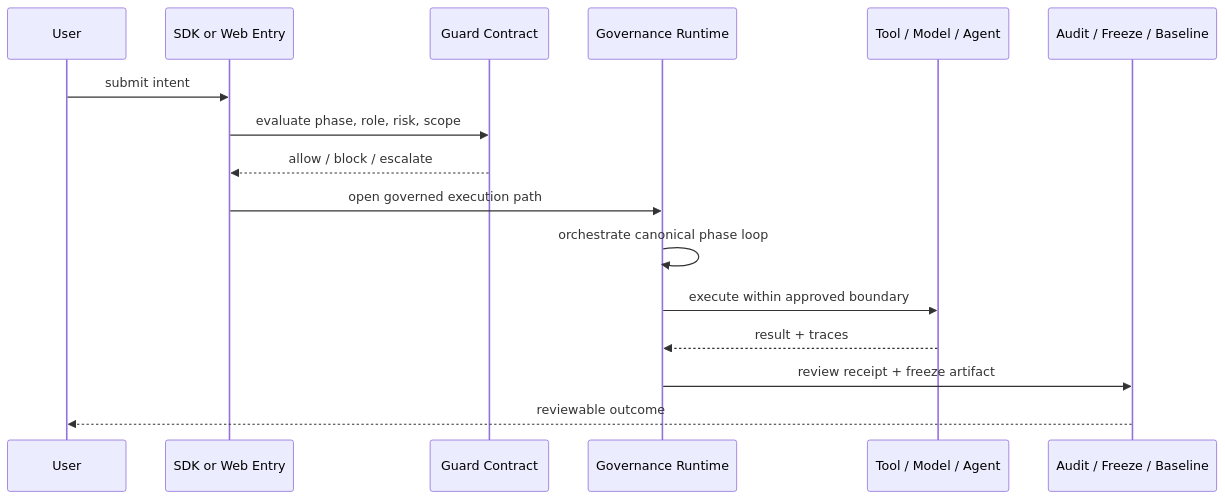
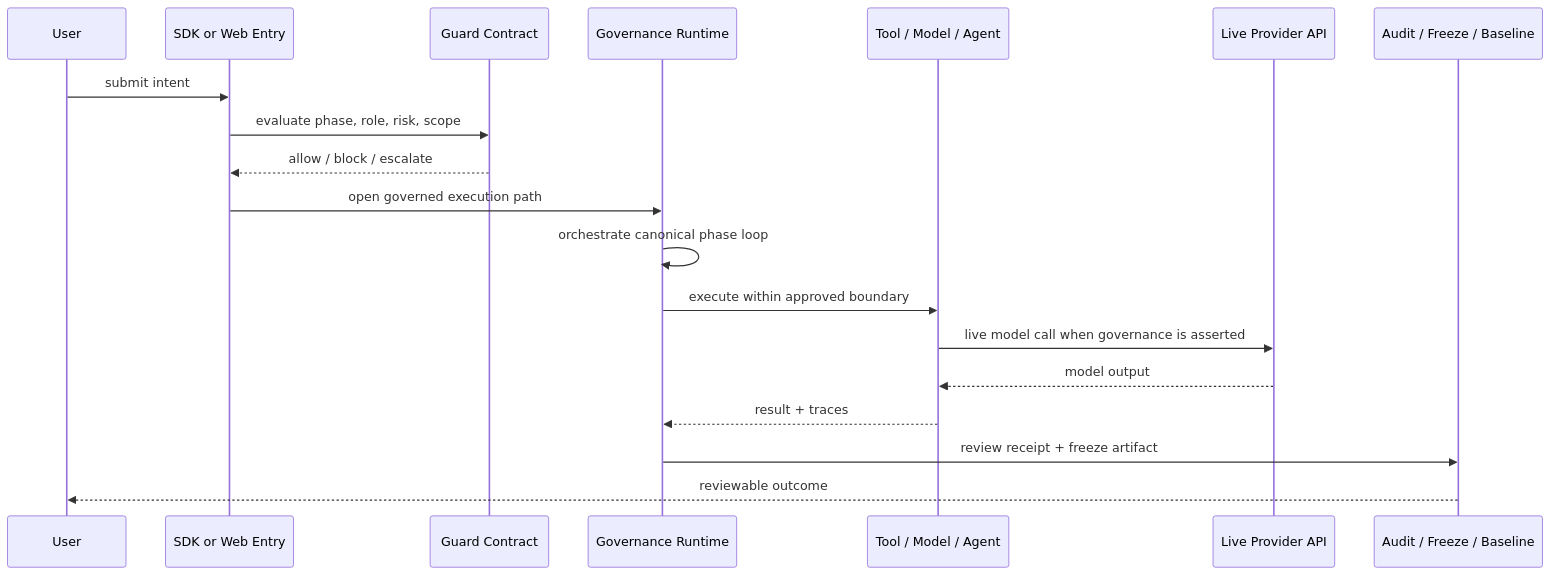
One commit to Blackbird081/Controlled-Vibe-Framework-CVF changed the fourth of 4 diagrams in ARCHITECTURE.md. Above: the diagram before and after it, drawn with Mermaid. The commit also changed other lines of this file and 29 other files, not shown here.

Commit message:
docs: publish live governance evidence gate

````diff
--- a/ARCHITECTURE.md
+++ b/ARCHITECTURE.md
@@ -127,19 +136,22 @@
 ```mermaid
 sequenceDiagram
     participant User
     participant Entry as SDK or Web Entry
     participant Guard as Guard Contract
     participant Runtime as Governance Runtime
     participant Tool as Tool / Model / Agent
+    participant Provider as Live Provider API
     participant Evidence as Audit / Freeze / Baseline
 
     User->>Entry: submit intent
     Entry->>Guard: evaluate phase, role, risk, scope
     Guard-->>Entry: allow / block / escalate
     Entry->>Runtime: open governed execution path
     Runtime->>Runtime: orchestrate canonical phase loop
     Runtime->>Tool: execute within approved boundary
+    Tool->>Provider: live model call when governance is asserted
+    Provider-->>Tool: model output
     Tool-->>Runtime: result + traces
     Runtime->>Evidence: review receipt + freeze artifact
     Evidence-->>User: reviewable outcome
 ```
````
